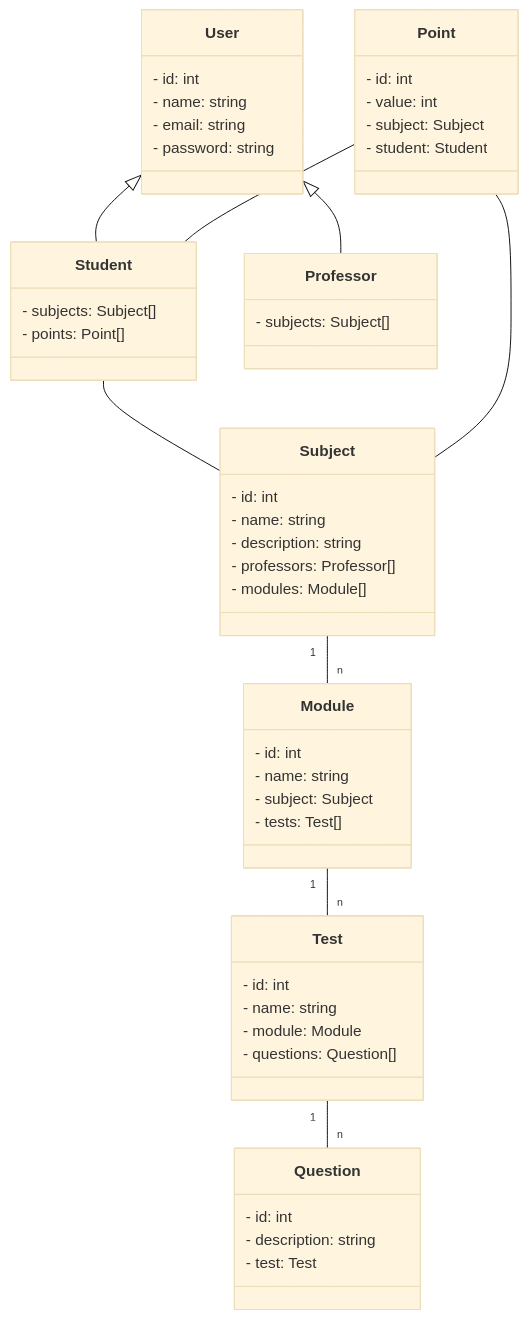
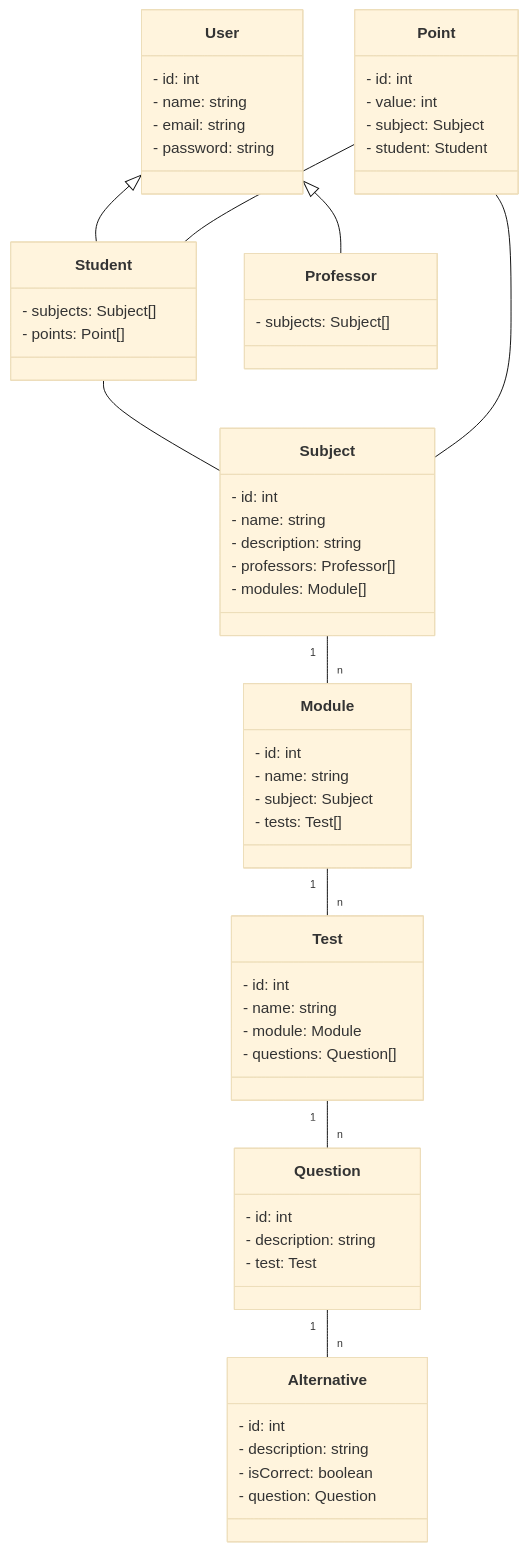
The diagram in docs/modeling/uml.md (falves97/ensino-gameficado), drawn with Mermaid (base theme) before and after one commit.

Commit message:
docs: add entity alternative

````diff
--- a/docs/modeling/uml.md
+++ b/docs/modeling/uml.md
@@ -5,55 +5,62 @@
 ```mermaid
 classDiagram
     class User {
         - id: int
         - name: string
         - email: string
         - password: string
     }
     class Student {
         - subjects: Subject[]
         - points: Point[]
     }
     class Professor {
         - subjects: Subject[]
     }
     class Subject {
         - id: int
         - name: string
         - description: string
         - professors: Professor[]
         - modules: Module[]
     }
     class Point {
         - id: int
         - value: int
         - subject: Subject
         - student: Student
     }
     class Module {
         - id: int
         - name: string
         - subject: Subject
         - tests: Test[]
     }
     class Test {
         - id: int
         - name: string
         - module: Module
         - questions: Question[]
     }
     class Question {
         - id: int
         - description: string
         - test: Test
     }
+    class Alternative {
+        - id: int
+        - description: string
+        - isCorrect: boolean
+        - question: Question
+    }
 
     User <|-- Student
     User <|-- Professor
     Student -- Subject
     Subject "1" -- "n" Module
     Module "1" -- "n" Test
     Test "1" -- "n" Question
+    Question "1" -- "n" Alternative
     Point -- Student
     Point -- Subject
 ```
````
